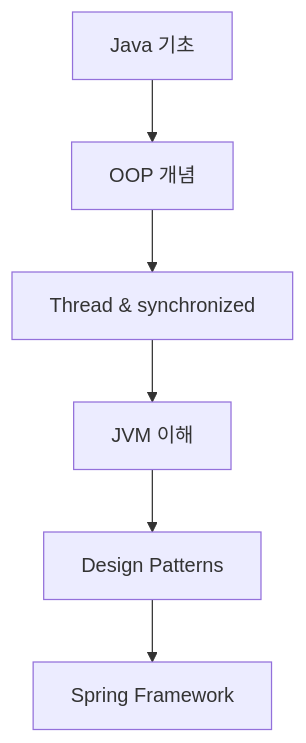
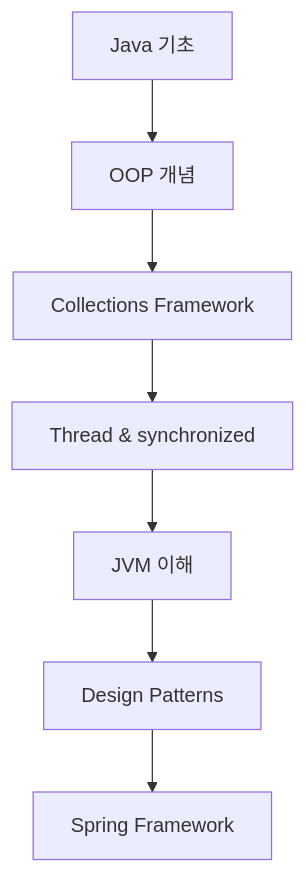
The diagram in README.md (roqdkfwk/Java-study), drawn with Mermaid before and after one commit. The commit also changed other lines of this file, not shown here.

````diff
--- a/README.md
+++ b/README.md
@@ -138,8 +155,9 @@
 ```mermaid
 graph TD
     A[Java 기초] --> B[OOP 개념]
-    B --> C[Thread & synchronized]
-    C --> D[JVM 이해]
-    D --> E[Design Patterns]
-    E --> F[Spring Framework]
+    B --> C[Collections Framework]
+    C --> D[Thread & synchronized]
+    D --> E[JVM 이해]
+    E --> F[Design Patterns]
+    F --> G[Spring Framework]
 ```
````
